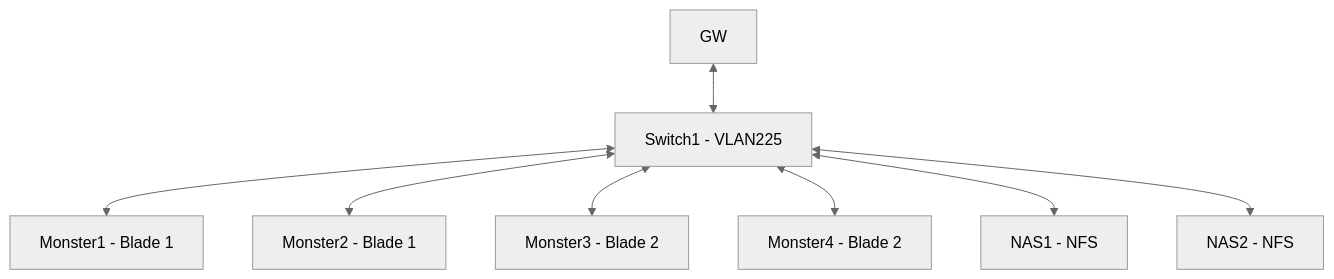
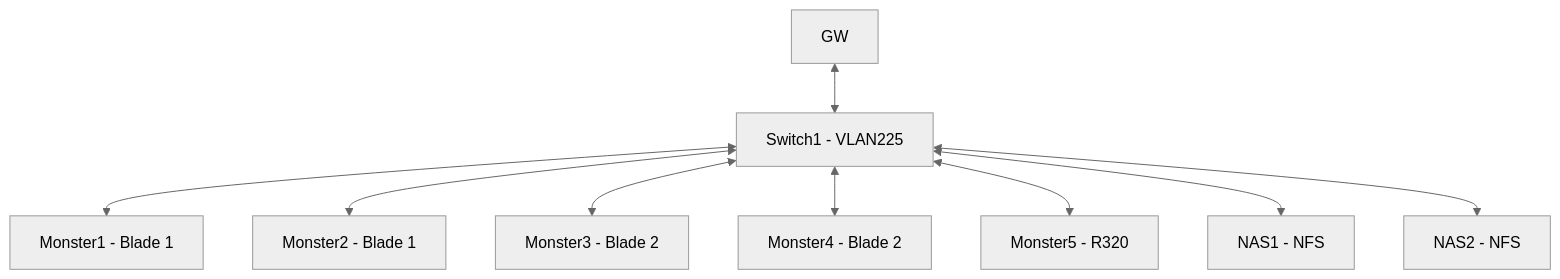
The first of 2 diagrams in docs/infrastructure/devices/proxmox/index.md (leigh-hackspace/HackspaceWiki), drawn with Mermaid (neutral theme) before and after one commit. The commit also changed other lines of this file, not shown here.

Commit message:
Add Monster5 on the docs

````diff
--- a/docs/infrastructure/devices/proxmox/index.md
+++ b/docs/infrastructure/devices/proxmox/index.md
@@ -19,19 +19,21 @@
 ```mermaid
 graph 
     SWITCH1[Switch1 - VLAN225]
     GW[GW]
     MON1[Monster1 - Blade 1]
     MON2[Monster2 - Blade 1]
     MON3[Monster3 - Blade 2]
     MON4[Monster4 - Blade 2]
+    MON5[Monster5 - R320]
     NAS1[NAS1 - NFS]
     NAS2[NAS2 - NFS]
 
     GW <--> SWITCH1
     SWITCH1 <--> MON1
     SWITCH1 <--> MON2
     SWITCH1 <--> MON3
     SWITCH1 <--> MON4
+    SWITCH1 <--> MON5
     SWITCH1 <--> NAS1
     SWITCH1 <--> NAS2
 ```
````
